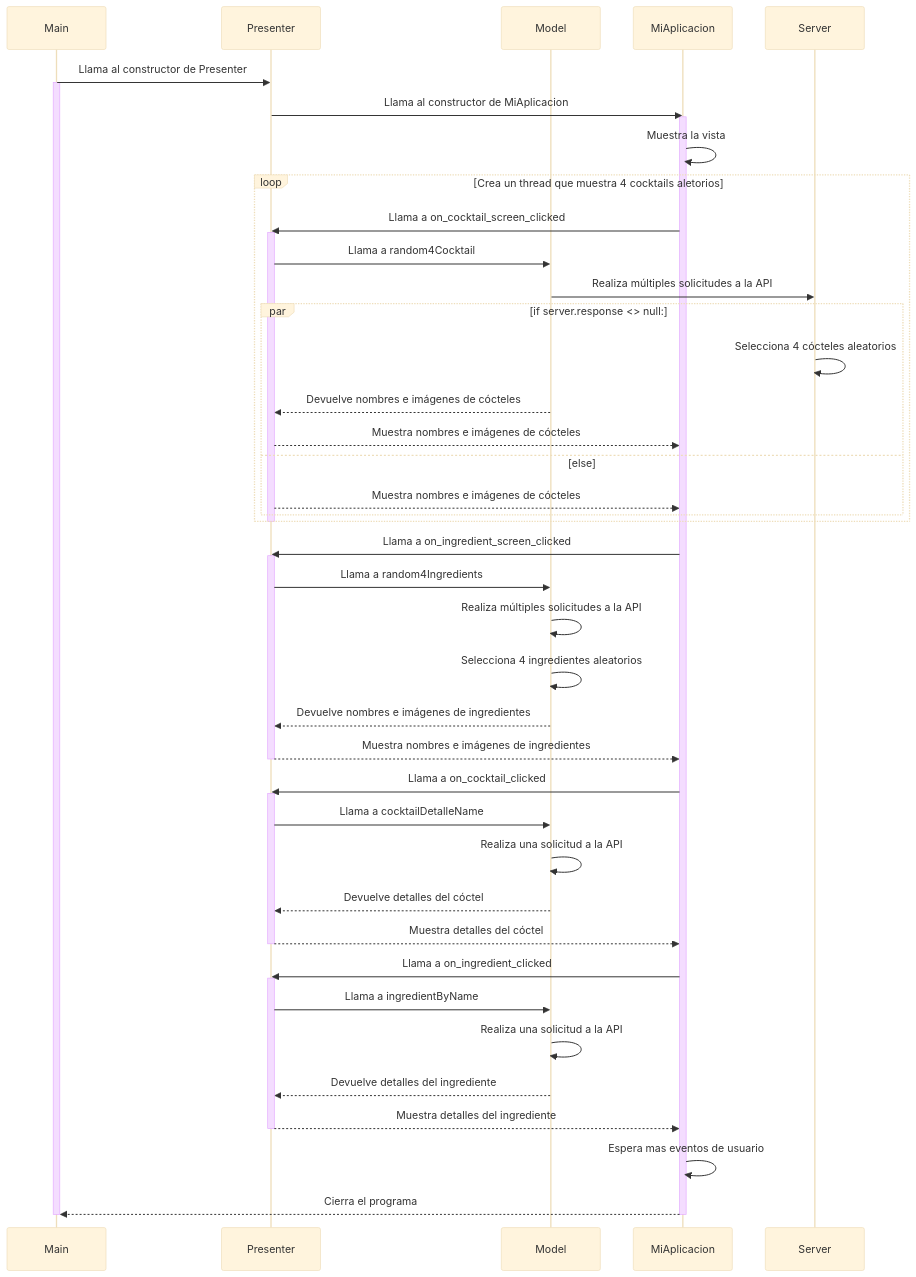
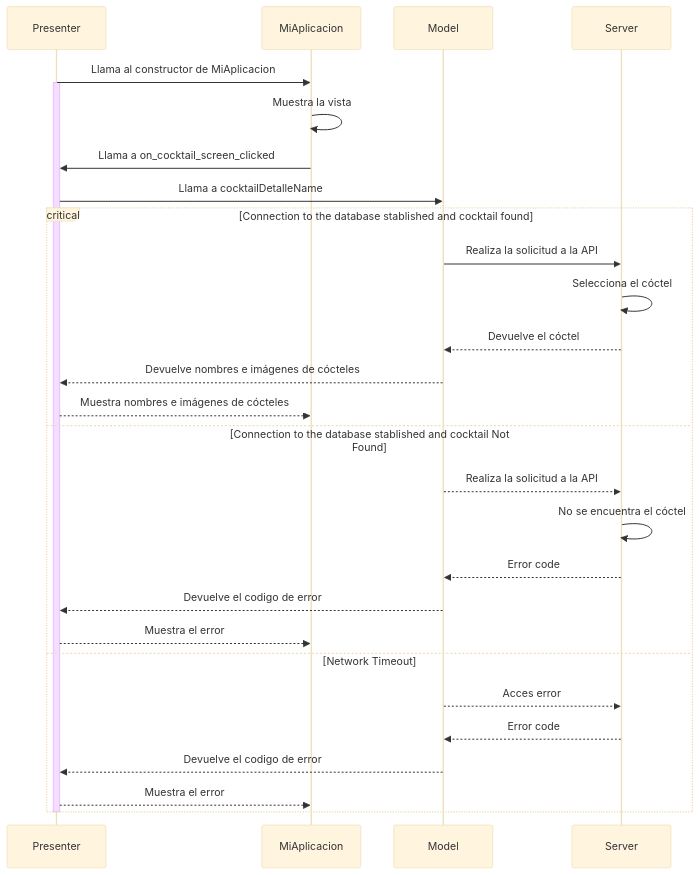
The diagram in diseño.md (braisf03/IPM), drawn with Mermaid (base theme) before and after one commit.

Commit message:
Posible version final

````diff
--- a/diseño.md
+++ b/diseño.md
@@ -1,71 +1,39 @@
 ```mermaid
 sequenceDiagram
 
-    #Todos los actores de 
-    participant Main as Main
+#--------------Definiciones de actores--------------#
     participant Presenter as Presenter
+    participant MiAplicacion as MiAplicacion
     participant Model as Model
-    participant MiAplicacion as MiAplicacion
     participant Server as Server
 
-    Main->>Presenter: Llama al constructor de Presenter
-    activate Main
-    
+#--------------Inicio de la aplicación--------------#
     Presenter->>MiAplicacion: Llama al constructor de MiAplicacion
+    activate Presenter
+    MiAplicacion->>MiAplicacion: Muestra la vista
+    MiAplicacion->>Presenter: Llama a on_cocktail_screen_clicked
+    Presenter->>Model: Llama a cocktailDetalleName
 
-    activate MiAplicacion
-
-    MiAplicacion->>MiAplicacion: Muestra la vista
-
-    loop Crea un thread que muestra 4 cocktails aletorios
-        MiAplicacion->>Presenter: Llama a on_cocktail_screen_clicked
-        activate Presenter
-        Presenter->>Model: Llama a random4Cocktail
-        Model->>Server: Realiza múltiples solicitudes a la API
-        par if server.response <> null:
-        Server->>Server: Selecciona 4 cócteles aleatorios
+#-------------Accesos a la base de datos------------#        
+    critical Connection to the database stablished and cocktail found
+        Model->>Server: Realiza la solicitud a la API
+        Server->>Server: Selecciona el cóctel
+        Server-->>Model: Devuelve el cóctel
         Model-->>Presenter: Devuelve nombres e imágenes de cócteles
         Presenter-->>MiAplicacion: Muestra nombres e imágenes de cócteles
-        and else 
-        Presenter-->>MiAplicacion: Muestra nombres e imágenes de cócteles
-        end
+    option Connection to the database stablished and cocktail Not Found   
+            Model-->>Server: Realiza la solicitud a la API
+            Server->>Server: No se encuentra el cóctel
+            Server-->>Model: Error code
+            Model-->>Presenter: Devuelve el codigo de error
+            Presenter-->>MiAplicacion: Muestra el error
+    option Network Timeout
+            Model-->>Server: Acces error
+            Server-->>Model: Error code
+            Model-->>Presenter: Devuelve el codigo de error
+            Presenter-->>MiAplicacion: Muestra el error
     end
-    deactivate Presenter
-    
-    
-        MiAplicacion->>Presenter: Llama a on_ingredient_screen_clicked
-        activate Presenter
-        Presenter->>Model: Llama a random4Ingredients
-        Model->>Model: Realiza múltiples solicitudes a la API
-        Model->>Model: Selecciona 4 ingredientes aleatorios
-        Model-->>Presenter: Devuelve nombres e imágenes de ingredientes
-        Presenter-->>MiAplicacion: Muestra nombres e imágenes de ingredientes
-    
-    deactivate Presenter
-    
-    
-        MiAplicacion->>Presenter: Llama a on_cocktail_clicked
-        activate Presenter
-        Presenter->>Model: Llama a cocktailDetalleName
-        Model->>Model: Realiza una solicitud a la API
-        Model-->>Presenter: Devuelve detalles del cóctel
-        Presenter-->>MiAplicacion: Muestra detalles del cóctel
-    
+   
     deactivate Presenter
 
-    
-        MiAplicacion->>Presenter: Llama a on_ingredient_clicked
-        activate Presenter
-        Presenter->>Model: Llama a ingredientByName
-        Model->>Model: Realiza una solicitud a la API
-        Model-->>Presenter: Devuelve detalles del ingrediente
-        Presenter-->>MiAplicacion: Muestra detalles del ingrediente
-    
-    deactivate Presenter
-
-    MiAplicacion->>MiAplicacion: Espera mas eventos de usuario
-    MiAplicacion-->>Main: Cierra el programa
-    deactivate MiAplicacion
-    deactivate Main
-
-```    
+```         
````
